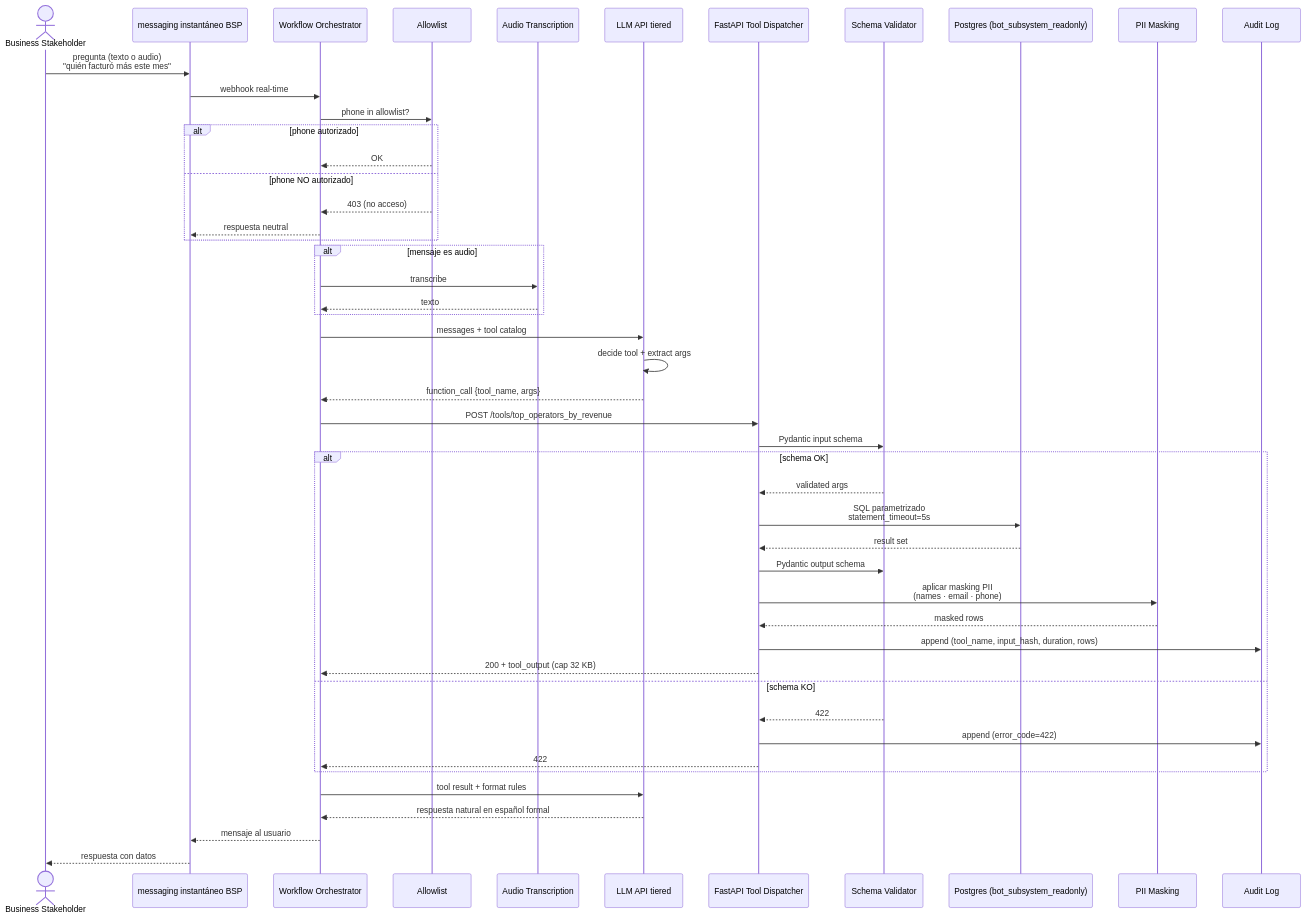
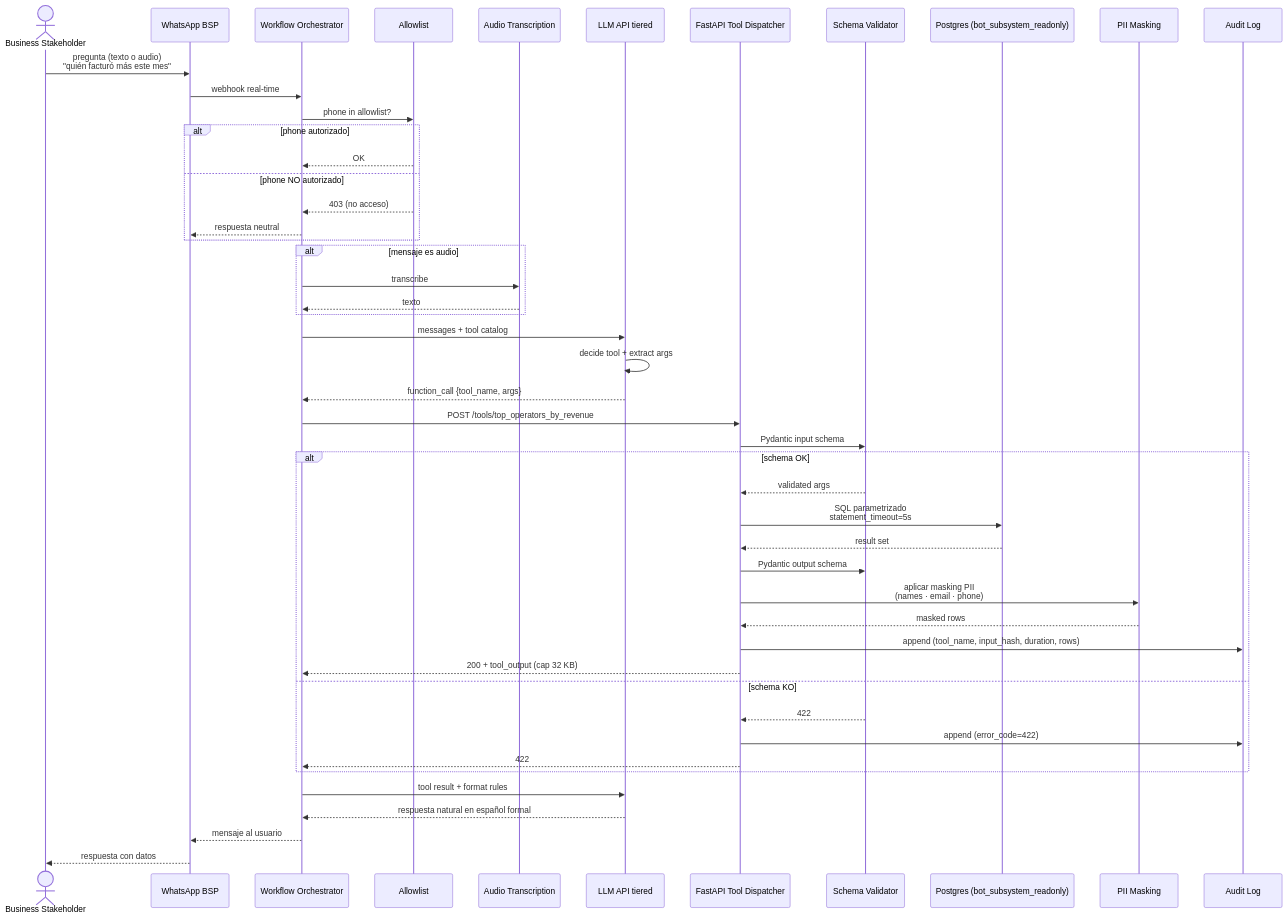
The third of 5 diagrams in README.md (KamilSlodki/business-intelligence-platform-with-llm-tools-case-study), drawn with Mermaid before and after one commit. The commit also changed other lines of this file and 2 other files, not shown here.

Commit message:
docs: explicit WhatsApp as messaging channel (ubiquitous, non-identifying)

````diff
--- a/README.md
+++ b/README.md
@@ -279,51 +279,51 @@
 ```mermaid
 sequenceDiagram
     actor U as Business Stakeholder
-    participant WA as messaging instantáneo BSP
+    participant WA as WhatsApp BSP
     participant ORCH as Workflow Orchestrator
     participant ALW as Allowlist
     participant AUDIO as Audio Transcription
     participant LLM as LLM API tiered
     participant FAPI as FastAPI Tool Dispatcher
     participant VAL as Schema Validator
     participant DB as Postgres (bot_subsystem_readonly)
     participant MASK as PII Masking
     participant LEDGER as Audit Log
 
     U->>WA: pregunta (texto o audio)<br/>"quién facturó más este mes"
     WA->>ORCH: webhook real-time
     ORCH->>ALW: phone in allowlist?
     alt phone autorizado
         ALW-->>ORCH: OK
     else phone NO autorizado
         ALW-->>ORCH: 403 (no acceso)
         ORCH-->>WA: respuesta neutral
     end
     alt mensaje es audio
         ORCH->>AUDIO: transcribe
         AUDIO-->>ORCH: texto
     end
     ORCH->>LLM: messages + tool catalog
     LLM->>LLM: decide tool + extract args
     LLM-->>ORCH: function_call {tool_name, args}
     ORCH->>FAPI: POST /tools/top_operators_by_revenue
     FAPI->>VAL: Pydantic input schema
     alt schema OK
         VAL-->>FAPI: validated args
         FAPI->>DB: SQL parametrizado<br/>statement_timeout=5s
         DB-->>FAPI: result set
         FAPI->>VAL: Pydantic output schema
         FAPI->>MASK: aplicar masking PII<br/>(names · email · phone)
         MASK-->>FAPI: masked rows
         FAPI->>LEDGER: append (tool_name, input_hash, duration, rows)
         FAPI-->>ORCH: 200 + tool_output (cap 32 KB)
     else schema KO
         VAL-->>FAPI: 422
         FAPI->>LEDGER: append (error_code=422)
         FAPI-->>ORCH: 422
     end
     ORCH->>LLM: tool result + format rules
     LLM-->>ORCH: respuesta natural en español formal
     ORCH-->>WA: mensaje al usuario
     WA-->>U: respuesta con datos
 ```
````
